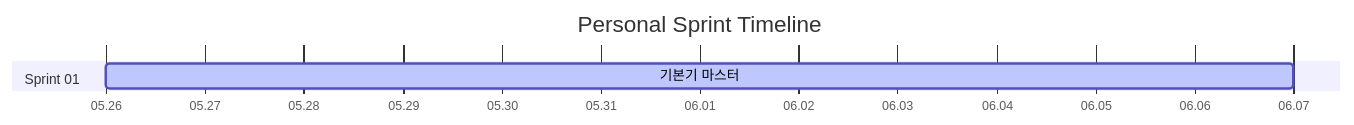
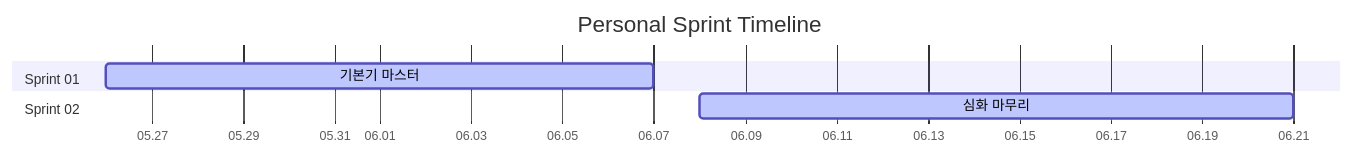
The diagram in README.md (Vryez11/personal-sprint), drawn with Mermaid before and after one commit. The commit also changed other lines of this file, not shown here.

````diff
--- a/README.md
+++ b/README.md
@@ -17,8 +17,10 @@
 ```mermaid
 gantt
     title Personal Sprint Timeline
     dateFormat YYYY-MM-DD
     axisFormat %m.%d
     section Sprint 01
     기본기 마스터 :active, s1, 2026-05-26, 2026-06-07
+    section Sprint 02
+    심화 마무리 :active, s1, 2026-06-08, 2026-06-21
 ```
````
